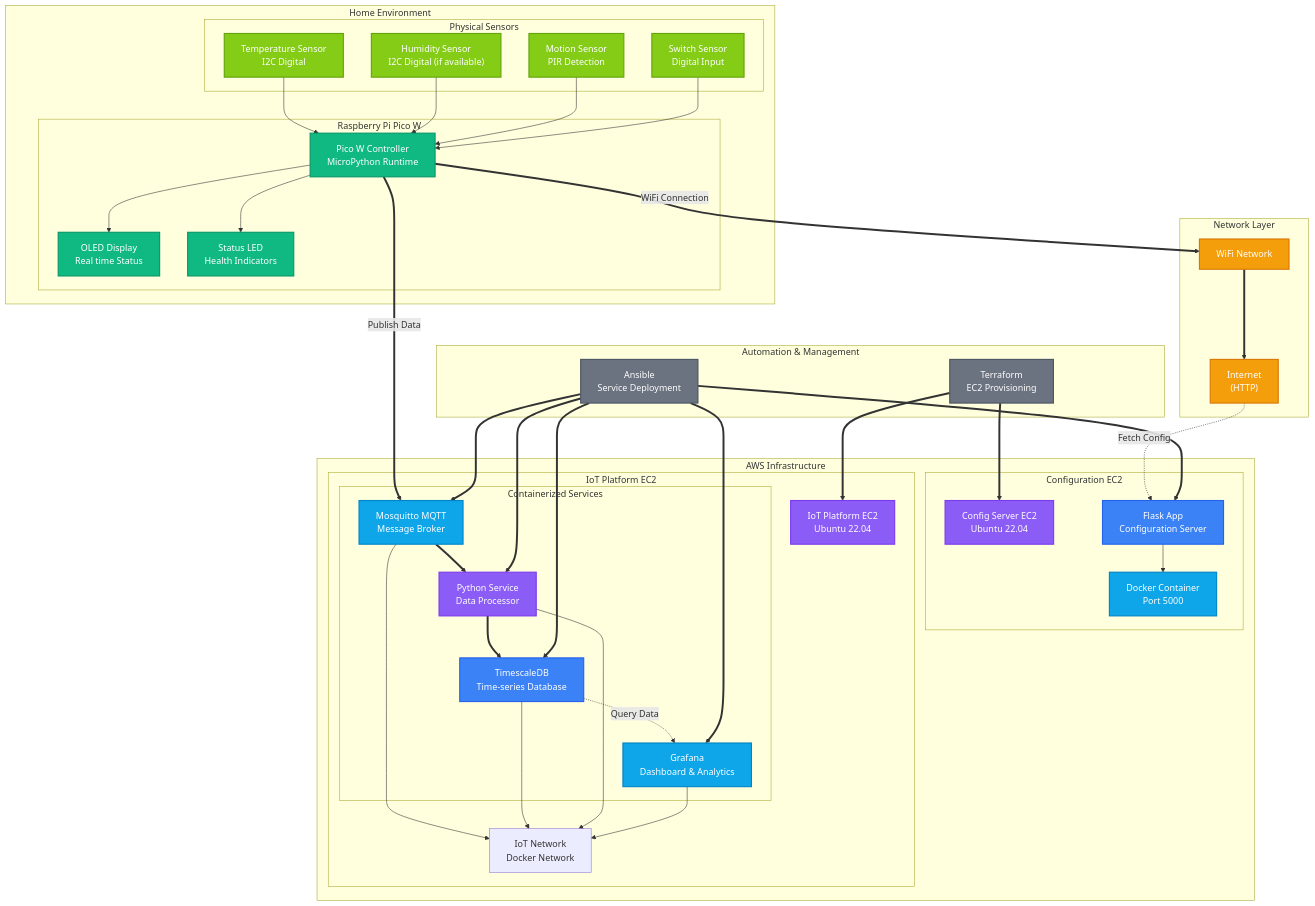
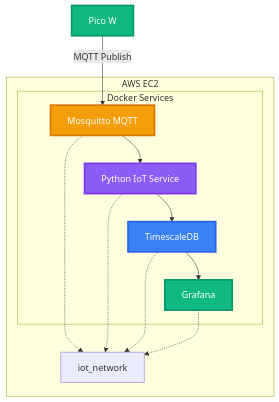
The third of 7 diagrams in architecture5.md (nathandiez/nathandiez), drawn with Mermaid before and after one commit. The commit also changed other lines of this file, not shown here.

````diff
--- a/architecture5.md
+++ b/architecture5.md
@@ -2,95 +31,36 @@
 ```mermaid
 graph TB
-  subgraph "Home Environment"
-      subgraph "Physical Sensors"
-          TEMP["Temperature Sensor<br/>I2C Digital"]
-          HUMID["Humidity Sensor<br/>I2C Digital (if available)"]
-          MOTION["Motion Sensor<br/>PIR Detection"]
-          SWITCH["Switch Sensor<br/>Digital Input"]
-      end
-      
-      subgraph "Raspberry Pi Pico W"
-          PICO["Pico W Controller<br/>MicroPython Runtime"]
-          OLED["OLED Display<br/>Real time Status"]
-          LED["Status LED<br/>Health Indicators"]
-      end
+  PICO_VM["Pico W"] 
+  
+  subgraph "AWS EC2"
+    subgraph "Docker Services"
+      MQTT["Mosquitto MQTT"]
+      DB["TimescaleDB"]
+      SERVICE["Python IoT Service"]
+      GRAFANA["Grafana"]
+    end
+    DOCKER_NET["iot_network"]
   end
   
-  subgraph "Network Layer"
-      WIFI["WiFi Network"]
-      INTERNET["Internet<br/>(HTTP)"]
-  end
+  PICO_VM -->|"MQTT Publish"| MQTT
+  MQTT --> SERVICE
+  SERVICE --> DB
+  DB --> GRAFANA
   
-  subgraph "AWS Infrastructure"
-      subgraph "Configuration EC2"
-          CONFIG_EC2["Config Server EC2<br/>Ubuntu 22.04"]
-          FLASK["Flask App<br/>Configuration Server"]
-          DOCKER_CONFIG["Docker Container<br/>Port 5000"]
-      end
-      
-      subgraph "IoT Platform EC2"
-          IOT_EC2["IoT Platform EC2<br/>Ubuntu 22.04"]
-          subgraph "Containerized Services"
-              MQTT["Mosquitto MQTT<br/>Message Broker"]
-              TIMESCALE["TimescaleDB<br/>Time-series Database"]
-              IOT_SERVICE["Python Service<br/>Data Processor"]
-              GRAFANA["Grafana<br/>Dashboard & Analytics"]
-          end
-          DOCKER_NET["IoT Network<br/>Docker Network"]
-      end
-  end
+  MQTT -.-> DOCKER_NET
+  SERVICE -.-> DOCKER_NET
+  DB -.-> DOCKER_NET
+  GRAFANA -.-> DOCKER_NET
   
-  subgraph "Automation & Management"
-      TERRAFORM["Terraform<br/>EC2 Provisioning"]
-      ANSIBLE["Ansible<br/>Service Deployment"]
-  end
+  classDef device fill:#10b981,stroke:#059669,stroke-width:3px,color:#fff
+  classDef mqtt fill:#f59e0b,stroke:#d97706,stroke-width:3px,color:#fff
+  classDef db fill:#3b82f6,stroke:#2563eb,stroke-width:3px,color:#fff
+  classDef service fill:#8b5cf6,stroke:#7c3aed,stroke-width:3px,color:#fff
+  classDef viz fill:#10b981,stroke:#059669,stroke-width:3px,color:#fff
   
-  %% Data Flow Connections
-  TEMP --> PICO
-  HUMID --> PICO
-  MOTION --> PICO
-  SWITCH --> PICO
-  PICO --> OLED
-  PICO --> LED
-  
-  PICO ==>|"WiFi Connection"| WIFI
-  WIFI ==> INTERNET
-  
-  INTERNET -.->|"Fetch Config"| FLASK
-  PICO ==>|"Publish Data"| MQTT
-  
-  MQTT ==> IOT_SERVICE
-  IOT_SERVICE ==> TIMESCALE
-  TIMESCALE -.->|"Query Data"| GRAFANA
-  
-  FLASK --> DOCKER_CONFIG
-  MQTT --> DOCKER_NET
-  TIMESCALE --> DOCKER_NET
-  IOT_SERVICE --> DOCKER_NET
-  GRAFANA --> DOCKER_NET
-  
-  TERRAFORM ==> CONFIG_EC2
-  TERRAFORM ==> IOT_EC2
-  ANSIBLE ==> FLASK
-  ANSIBLE ==> MQTT
-  ANSIBLE ==> TIMESCALE
-  ANSIBLE ==> IOT_SERVICE
-  ANSIBLE ==> GRAFANA
-  
-  %% Styling
-  classDef device fill:#10b981,stroke:#059669,stroke-width:2px,color:#fff
-  classDef sensor fill:#84cc16,stroke:#65a30d,stroke-width:2px,color:#fff
-  classDef network fill:#f59e0b,stroke:#d97706,stroke-width:2px,color:#fff
-  classDef storage fill:#3b82f6,stroke:#2563eb,stroke-width:2px,color:#fff
-  classDef compute fill:#8b5cf6,stroke:#7c3aed,stroke-width:2px,color:#fff
-  classDef infrastructure fill:#6b7280,stroke:#4b5563,stroke-width:2px,color:#fff
-  classDef container fill:#0ea5e9,stroke:#0284c7,stroke-width:2px,color:#fff
-  
-  class PICO,OLED,LED device
-  class TEMP,HUMID,MOTION,SWITCH sensor
-  class WIFI,INTERNET network
-  class TIMESCALE,FLASK storage
-  class IOT_EC2,CONFIG_EC2,IOT_SERVICE compute
-  class TERRAFORM,ANSIBLE infrastructure
-  class MQTT,DOCKER_CONFIG,GRAFANA container
+  class PICO_VM device
+  class MQTT mqtt
+  class DB db
+  class SERVICE service
+  class GRAFANA viz
 ```
````
